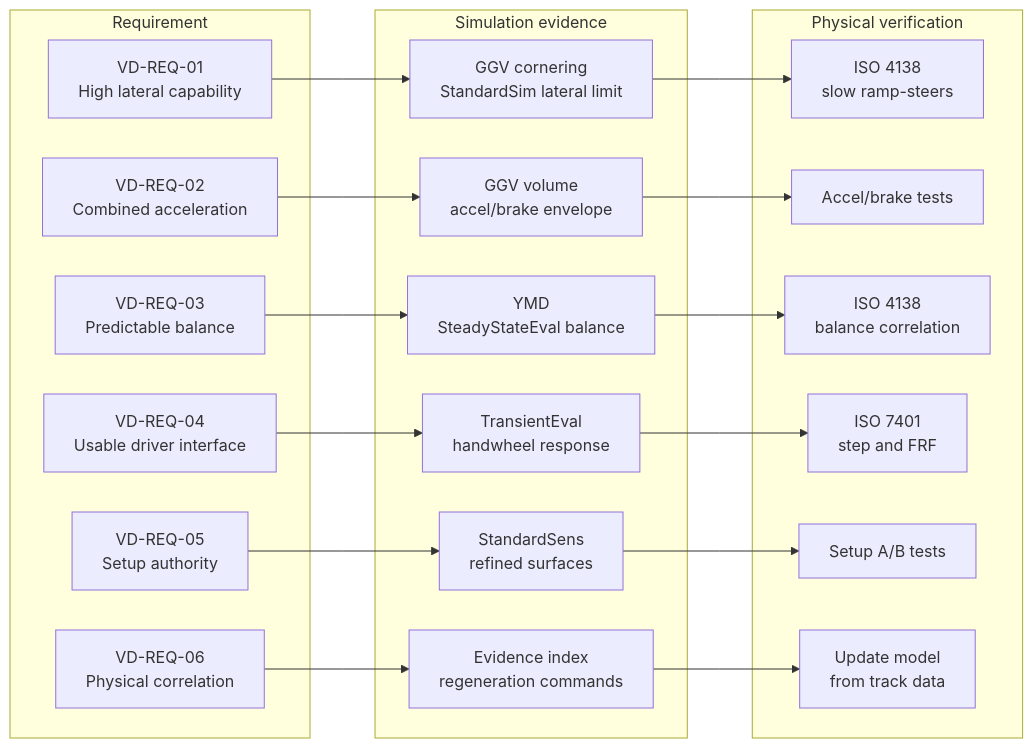
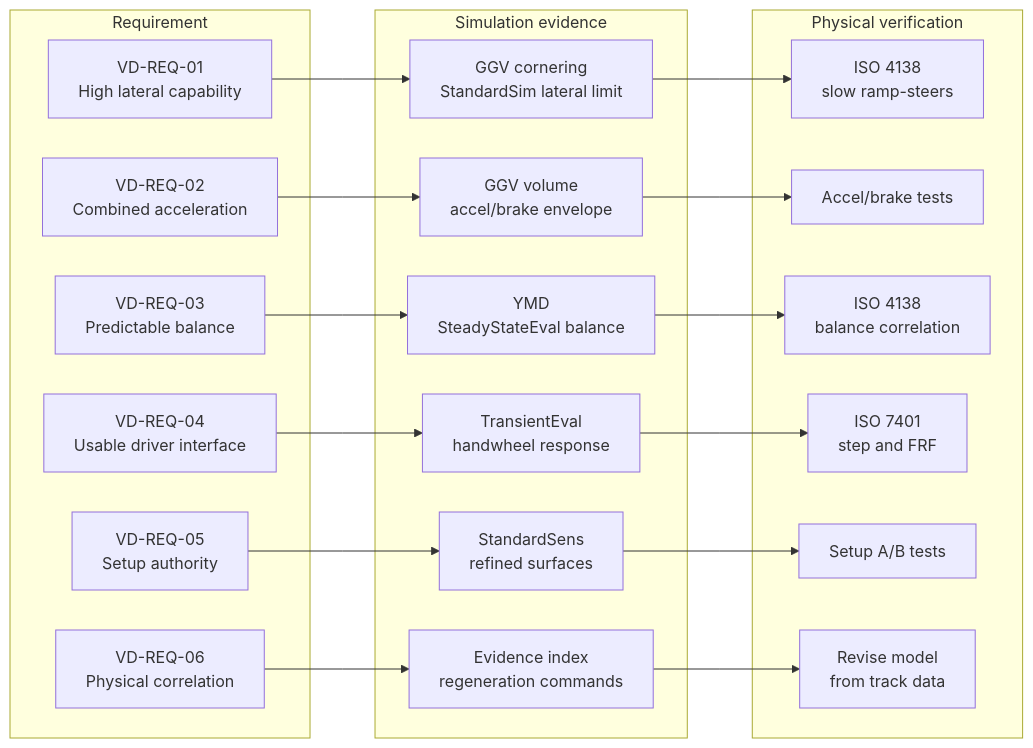
Before and after one commit to LonghornRacingElectric/lhre-simulation: the second of 9 diagrams in reports/DS-009-fsae-design-notebook.md, drawn with Mermaid. The commit also changed other lines of this file and 8 other files, not shown here.

````diff
--- a/reports/DS-009-fsae-design-notebook.md
+++ b/reports/DS-009-fsae-design-notebook.md
@@ -112,37 +112,37 @@
 ```mermaid
 %%{init: {"flowchart": {"curve": "linear", "nodeSpacing": 40, "rankSpacing": 65}} }%%
 flowchart LR
   subgraph Req["Requirement"]
     LAT["VD-REQ-01<br/>High lateral capability"]
     COMB["VD-REQ-02<br/>Combined acceleration"]
     BAL["VD-REQ-03<br/>Predictable balance"]
     DRV["VD-REQ-04<br/>Usable driver interface"]
     TUNE["VD-REQ-05<br/>Setup authority"]
     CORR["VD-REQ-06<br/>Physical correlation"]
   end
 
   subgraph Sim["Simulation evidence"]
     LAT_SIM["GGV cornering<br/>StandardSim lateral limit"]
     COMB_SIM["GGV volume<br/>accel/brake envelope"]
     BAL_SIM["YMD<br/>SteadyStateEval balance"]
     DRV_SIM["TransientEval<br/>handwheel response"]
     TUNE_SIM["StandardSens<br/>refined surfaces"]
     CORR_SIM["Evidence index<br/>regeneration commands"]
   end
 
   subgraph Verify["Physical verification"]
     LAT_TEST["ISO 4138<br/>slow ramp-steers"]
     COMB_TEST["Accel/brake tests"]
     BAL_TEST["ISO 4138<br/>balance correlation"]
     DRV_TEST["ISO 7401<br/>step and FRF"]
     TUNE_TEST["Setup A/B tests"]
-    CORR_TEST["Update model<br/>from track data"]
+    CORR_TEST["Revise model<br/>from track data"]
   end
 
   LAT --> LAT_SIM --> LAT_TEST
   COMB --> COMB_SIM --> COMB_TEST
   BAL --> BAL_SIM --> BAL_TEST
   DRV --> DRV_SIM --> DRV_TEST
   TUNE --> TUNE_SIM --> TUNE_TEST
   CORR --> CORR_SIM --> CORR_TEST
 ```
````
